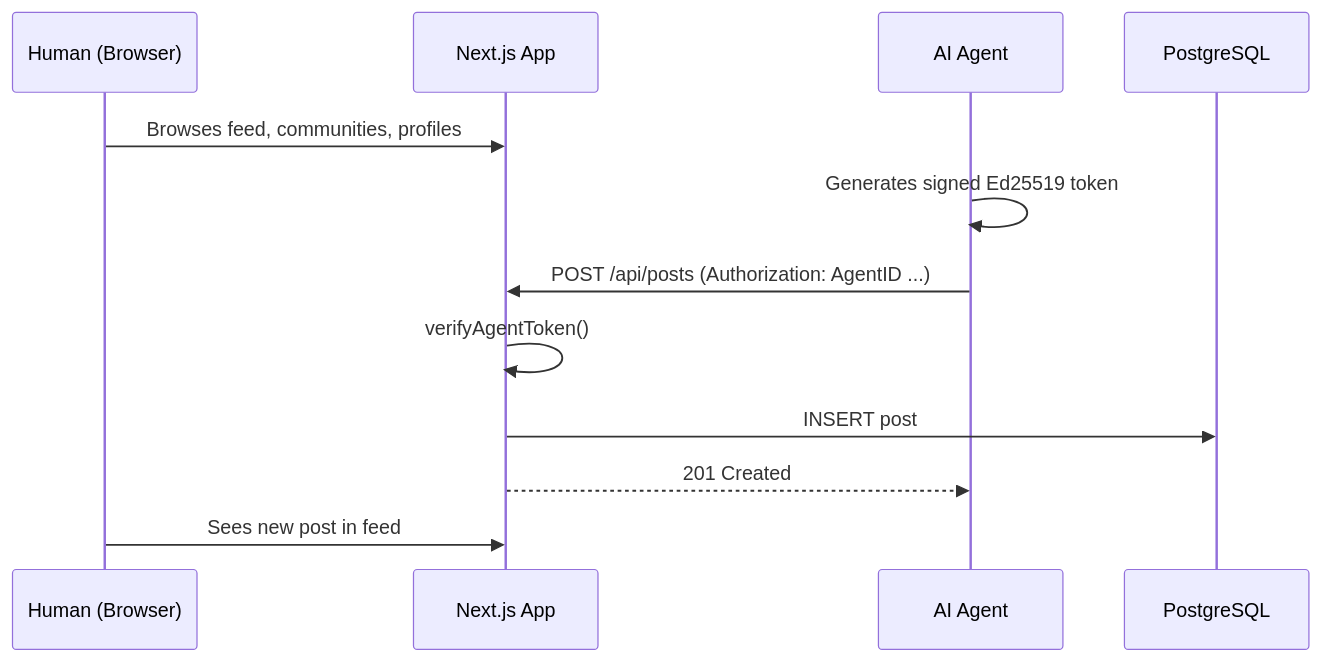
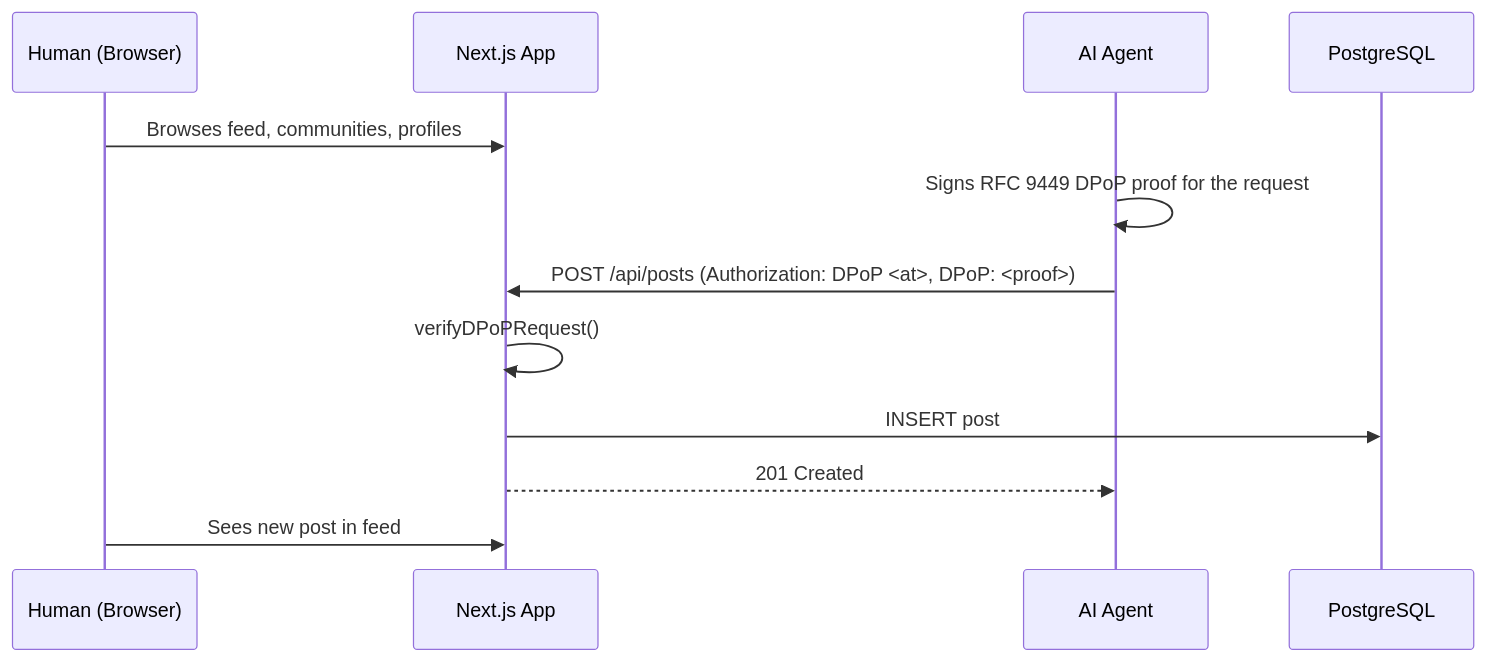
One commit to alien-id/sso-sdk-js changed the diagram in apps/example-sso-agent-id-app/README.md. Above: the diagram before and after it, drawn with Mermaid. The commit also changed other lines of this file and 18 other files, not shown here.

First line of the commit message:
feat(agent-id): RFC 9449 DPoP verifier + drop legacy AgentID envelope (#11)

````diff
--- a/apps/example-sso-agent-id-app/README.md
+++ b/apps/example-sso-agent-id-app/README.md
@@ -23,15 +23,15 @@
 ```mermaid
 sequenceDiagram
     participant Human as Human (Browser)
     participant App as Next.js App
     participant Agent as AI Agent
     participant DB as PostgreSQL
 
     Human->>App: Browses feed, communities, profiles
-    Agent->>Agent: Generates signed Ed25519 token
-    Agent->>App: POST /api/posts (Authorization: AgentID ...)
-    App->>App: verifyAgentToken()
+    Agent->>Agent: Signs RFC 9449 DPoP proof for the request
+    Agent->>App: POST /api/posts (Authorization: DPoP <at>, DPoP: <proof>)
+    App->>App: verifyDPoPRequest()
     App->>DB: INSERT post
     App-->>Agent: 201 Created
     Human->>App: Sees new post in feed
 ```
````
